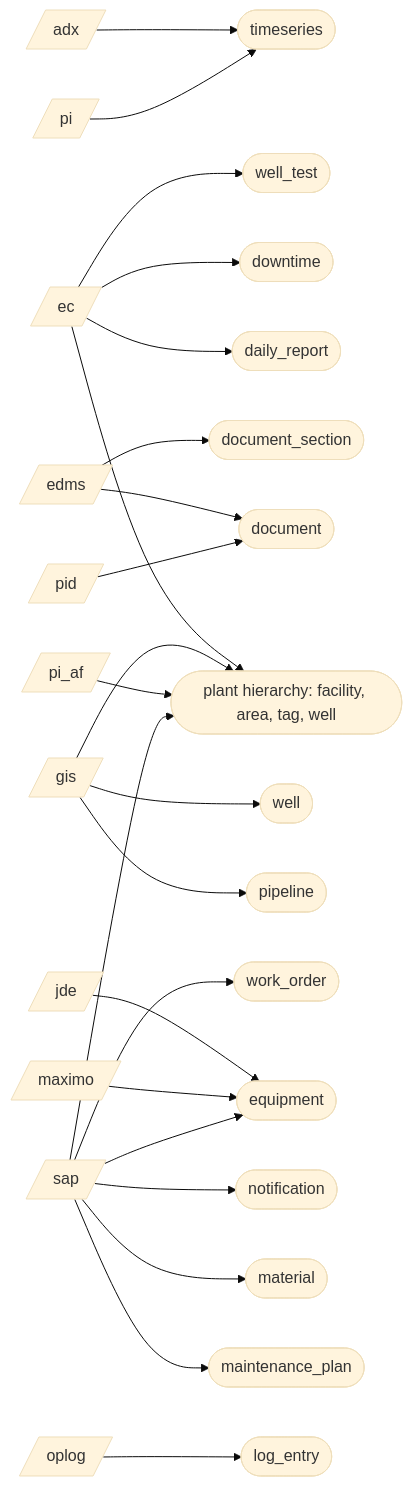
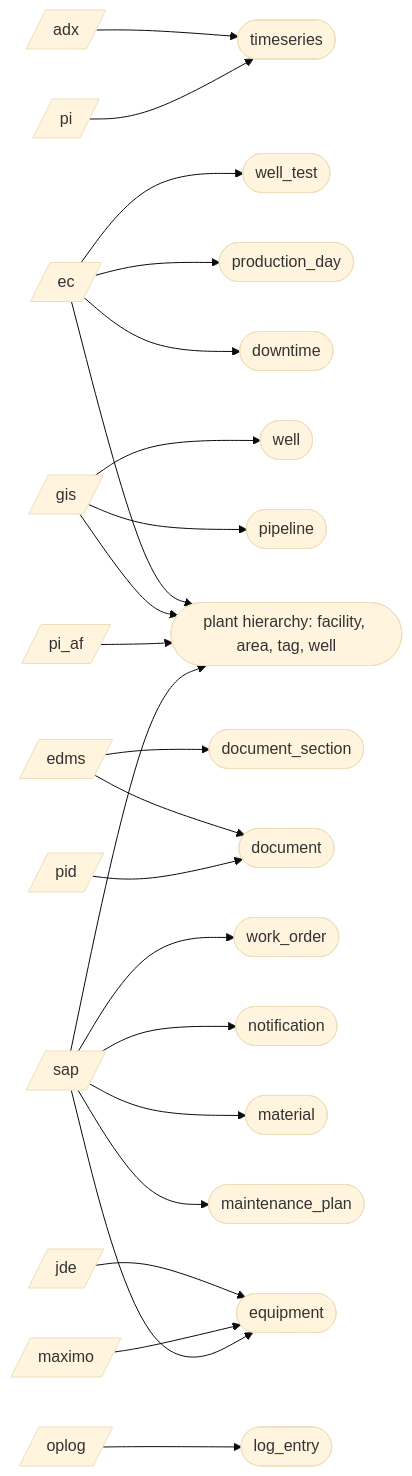
One commit to areed145/fuzer changed the second of 3 diagrams in docs/architecture.md. Above: the diagram before and after it, drawn with Mermaid (base theme). The commit also changed 13 other files, not shown here.

First line of the commit message:
One daily report (#242): production_day kind, and review on the Reports page

````diff
--- a/docs/architecture.md
+++ b/docs/architecture.md
@@ -82,51 +82,51 @@
 ```mermaid
 flowchart LR
   src_adx[/"adx"/]
   src_ec[/"ec"/]
   src_edms[/"edms"/]
   src_gis[/"gis"/]
   src_jde[/"jde"/]
   src_maximo[/"maximo"/]
   src_oplog[/"oplog"/]
   src_pi[/"pi"/]
   src_pi_af[/"pi_af"/]
   src_pid[/"pid"/]
   src_sap[/"sap"/]
-  kind_daily_report(["daily_report"])
   kind_document(["document"])
   kind_document_section(["document_section"])
   kind_downtime(["downtime"])
   kind_equipment(["equipment"])
   kind_log_entry(["log_entry"])
   kind_maintenance_plan(["maintenance_plan"])
   kind_material(["material"])
   kind_notification(["notification"])
   kind_pipeline(["pipeline"])
   kind_plant_hierarchy__facility__area__tag__well(["plant hierarchy: facility, area, tag, well"])
+  kind_production_day(["production_day"])
   kind_timeseries(["timeseries"])
   kind_well(["well"])
   kind_well_test(["well_test"])
   kind_work_order(["work_order"])
   src_adx --> kind_timeseries
-  src_ec --> kind_daily_report
   src_ec --> kind_downtime
   src_ec --> kind_plant_hierarchy__facility__area__tag__well
+  src_ec --> kind_production_day
   src_ec --> kind_well_test
   src_edms --> kind_document
   src_edms --> kind_document_section
   src_gis --> kind_pipeline
   src_gis --> kind_plant_hierarchy__facility__area__tag__well
   src_gis --> kind_well
   src_jde --> kind_equipment
   src_maximo --> kind_equipment
   src_oplog --> kind_log_entry
   src_pi --> kind_timeseries
   src_pi_af --> kind_plant_hierarchy__facility__area__tag__well
   src_pid --> kind_document
   src_sap --> kind_equipment
   src_sap --> kind_maintenance_plan
   src_sap --> kind_material
   src_sap --> kind_notification
   src_sap --> kind_plant_hierarchy__facility__area__tag__well
   src_sap --> kind_work_order
 ```
````
